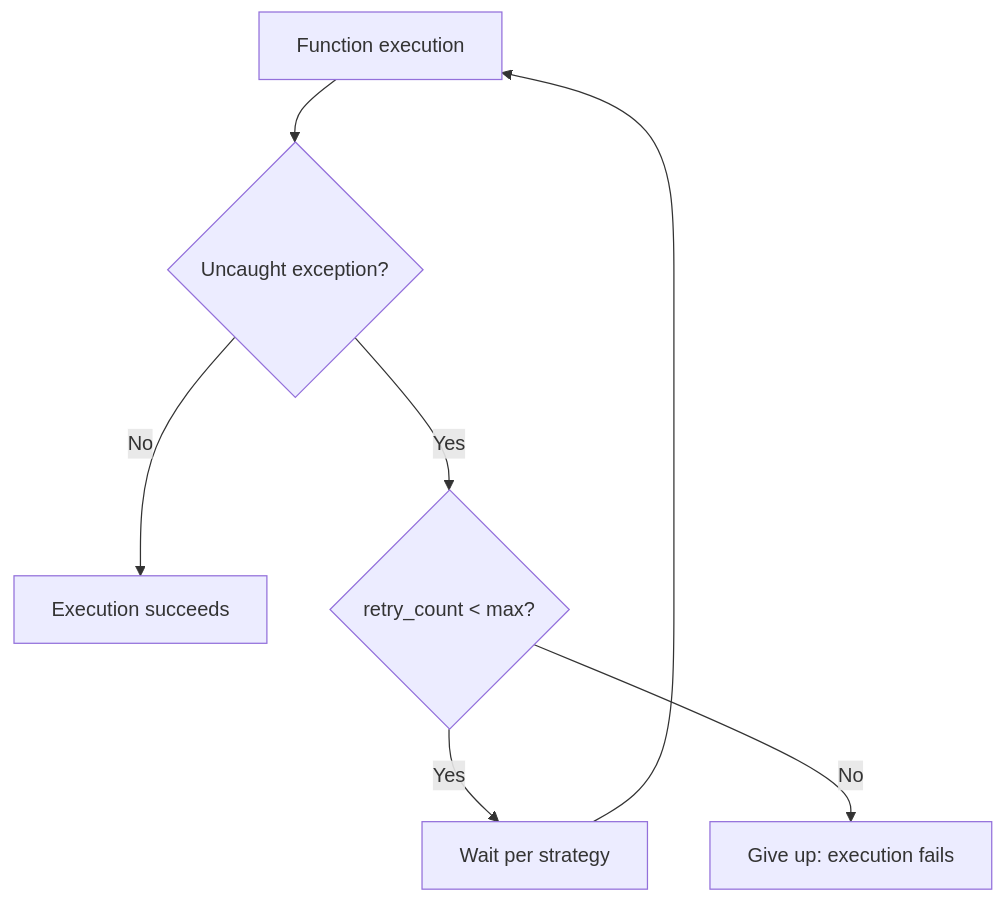
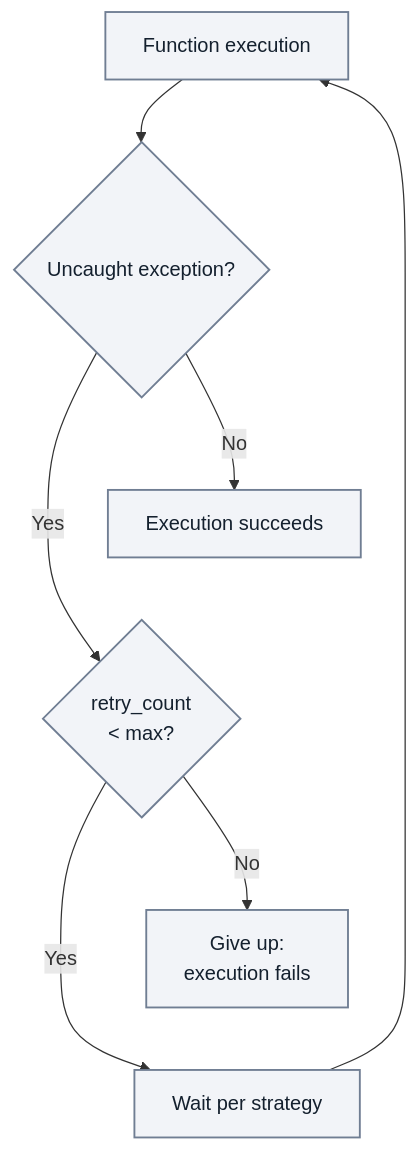
One commit to yeongseon/azure-functions-practical-guide changed the diagram in docs/language-guides/python/recipes/retry.md. Above: the diagram before and after it, drawn with Mermaid. The commit also changed 4 other files, not shown here.

First line of the commit message:
docs(diagrams): improve Python OpenAPI queue retry and Service Bus flows (#537)

````diff
--- a/docs/language-guides/python/recipes/retry.md
+++ b/docs/language-guides/python/recipes/retry.md
@@ -34,8 +34,15 @@
 ```mermaid
 flowchart TD
+    accTitle: Function-level retry decisions
+    accDescr: For a supported trigger with a finite retry budget, an uncaught exception leads to the retry-count decision. No exception succeeds; remaining retries wait and repeat execution; an exhausted budget ends in failure. Trigger-specific message redelivery is separate.
     EXEC[Function execution] --> ERR{Uncaught exception?}
     ERR -->|No| DONE[Execution succeeds]
-    ERR -->|Yes| COUNT{retry_count < max?}
+    ERR -->|Yes| COUNT{"retry_count<br/>&lt; max?"}
     COUNT -->|Yes| WAIT[Wait per strategy] --> EXEC
-    COUNT -->|No| FAIL[Give up: execution fails]
+    COUNT -->|No| FAIL["Give up:<br/>execution fails"]
+    %% Layout-only links tier outcomes; they add no decision or semantic arrow.
+    DONE ~~~ COUNT
+    FAIL ~~~ WAIT
+    classDef neutral fill:#f2f4f8,stroke:#707e93,stroke-width:1.5px,color:#14202e;
+    class EXEC,ERR,DONE,COUNT,WAIT,FAIL neutral;
 ```
````
